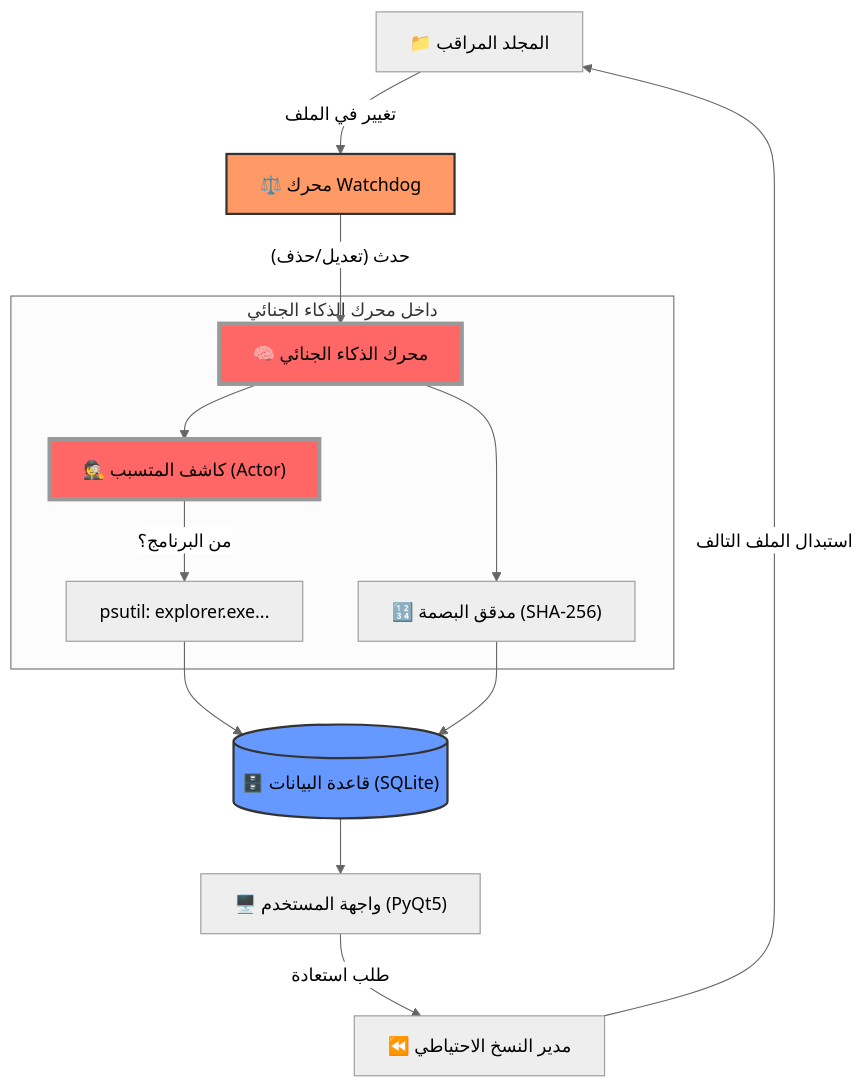
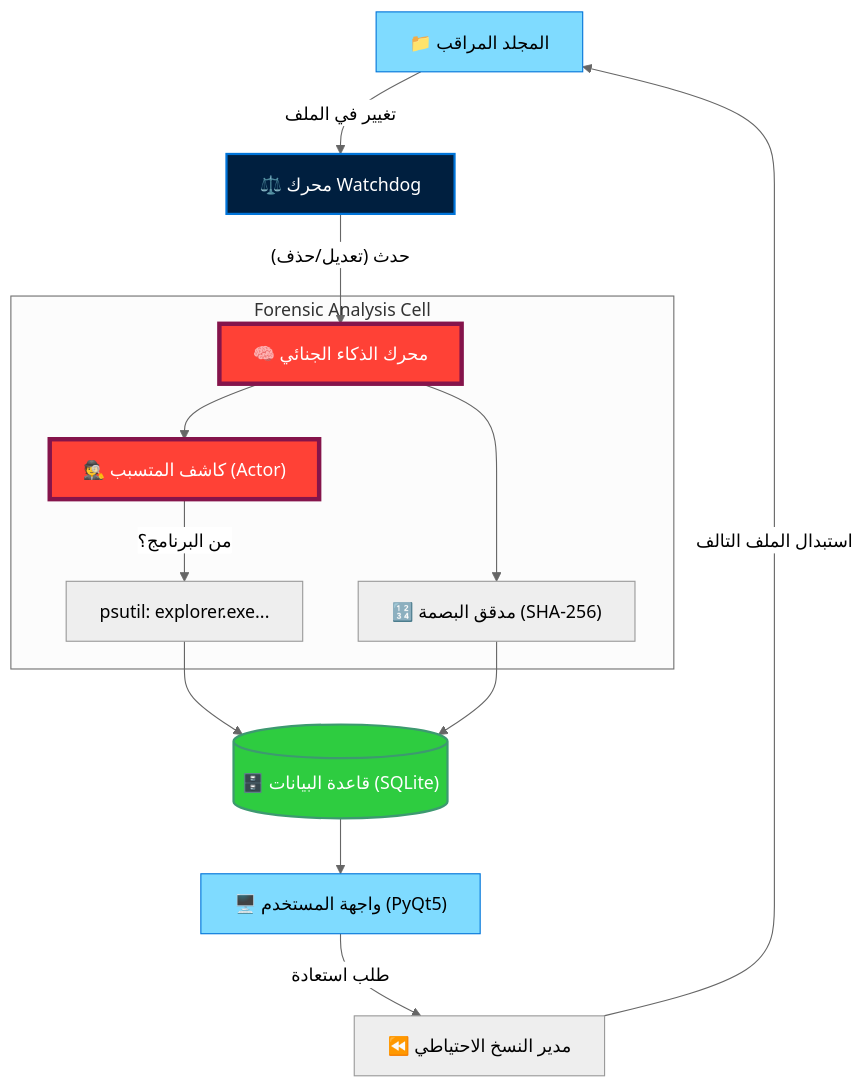
The first of 2 diagrams in README.md (Eng-sadiq-CYS-su/File_Integrity_Monitor), drawn with Mermaid (neutral theme) before and after one commit. The commit also changed other lines of this file, not shown here.

````diff
--- a/README.md
+++ b/README.md
@@ -32,27 +32,29 @@
 ```mermaid
 graph TD
     %% Define Styles
-    classDef security fill:#f96,stroke:#333,stroke-width:2px;
-    classDef storage fill:#69f,stroke:#333,stroke-width:2px;
-    classDef forensic fill:#f66,stroke:#high,stroke-width:4px;
+    classDef security fill:#001f3f,stroke:#0074D9,stroke-width:2px,color:#fff;
+    classDef storage fill:#2ECC40,stroke:#3D9970,stroke-width:2px,color:#fff;
+    classDef forensic fill:#FF4136,stroke:#85144b,stroke-width:4px,color:#fff;
+    classDef ui fill:#7FDBFF,stroke:#0074D9,stroke-width:1px,color:#000;
 
     Folder["📁 المجلد المراقب"] -- "تغيير في الملف" --> Watchdog["⚖️ محرك Watchdog"]
     Watchdog -- "حدث (تعديل/حذف)" --> Intelligence["🧠 محرك الذكاء الجنائي"]
     
-    subgraph "داخل محرك الذكاء الجنائي"
+    subgraph "Forensic Analysis Cell"
         Intelligence --> Actor["🕵️ كاشف المتسبب (Actor)"]
         Intelligence --> Hasher["🔢 مدقق البصمة (SHA-256)"]
         Actor -- "من البرنامج؟" --> Process["psutil: explorer.exe..."]
     end
 
     Process --> DB[("🗄️ قاعدة البيانات (SQLite)")]
     Hasher --> DB
     
     DB --> UI["🖥️ واجهة المستخدم (PyQt5)"]
     UI -- "طلب استعادة" --> Backup["⏪ مدير النسخ الاحتياطي"]
     Backup -- "استبدال الملف التالف" --> Folder
 
     class Intelligence,Actor forensic;
     class DB storage;
     class Watchdog security;
+    class UI,Folder ui;
 ```
````
